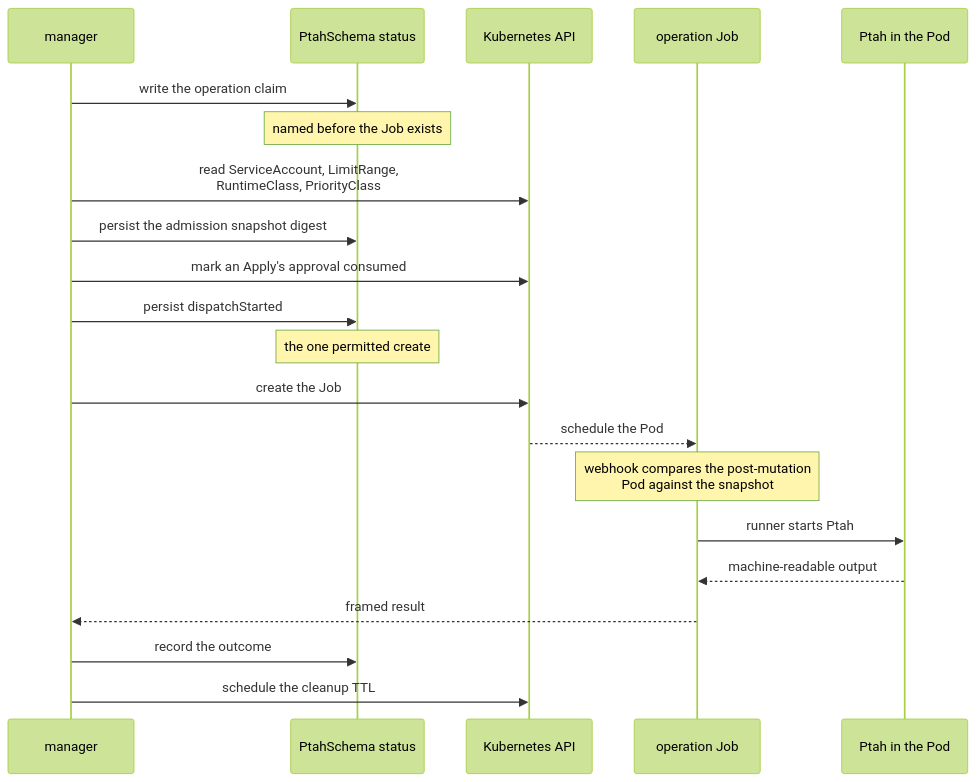
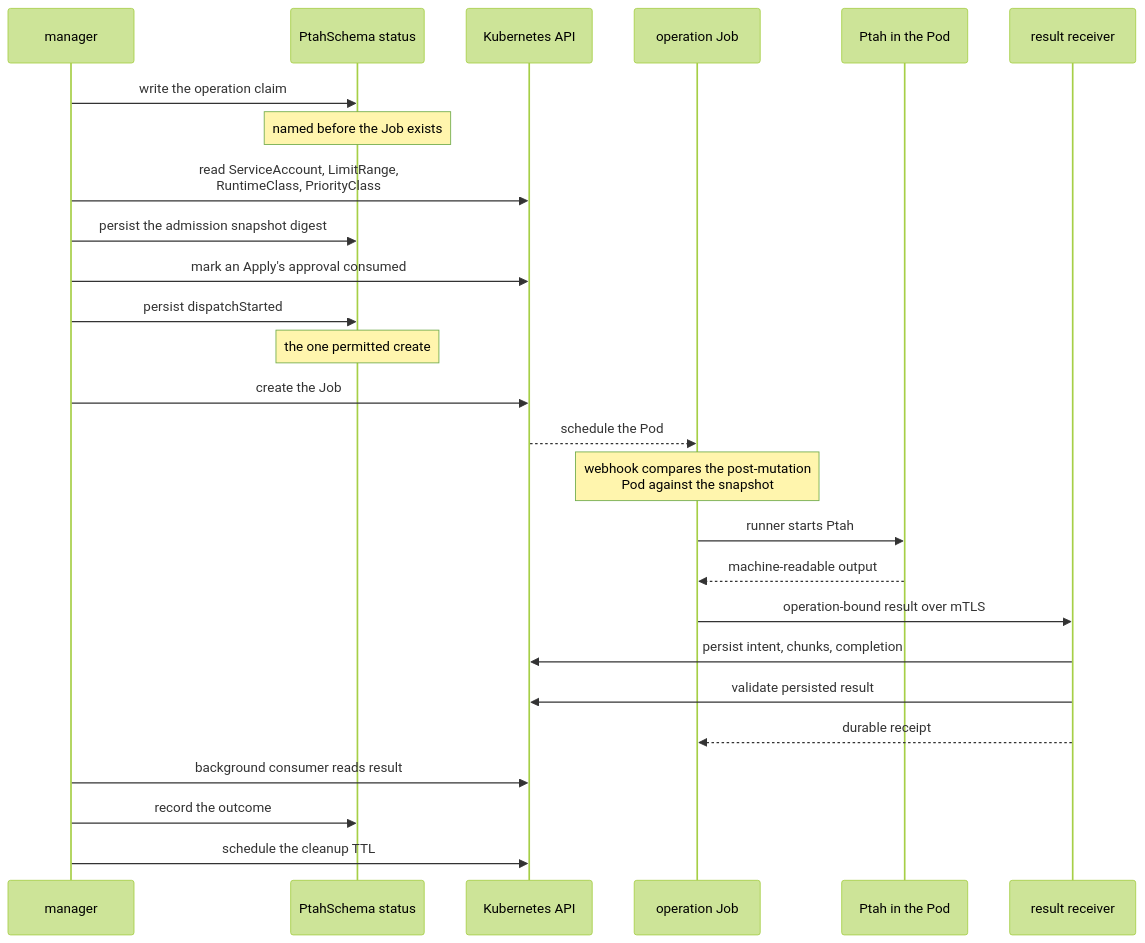
Before and after one commit to stokaro/ptah-operator: the diagram in docs/site/src/content/docs/reference/execution.md, drawn with Mermaid (forest theme). The commit also changed other lines of this file and 28 other files, not shown here.

````diff
--- a/docs/site/src/content/docs/reference/execution.md
+++ b/docs/site/src/content/docs/reference/execution.md
@@ -14,24 +14,29 @@
 ```mermaid
 sequenceDiagram
   participant C as manager
   participant S as PtahSchema status
   participant K as Kubernetes API
   participant J as operation Job
   participant P as Ptah in the Pod
+  participant R as result receiver
 
   C->>S: write the operation claim
   Note over S: named before the Job exists
   C->>K: read ServiceAccount, LimitRange,<br/>RuntimeClass, PriorityClass
   C->>S: persist the admission snapshot digest
   C->>K: mark an Apply's approval consumed
   C->>S: persist dispatchStarted
   Note over S: the one permitted create
   C->>K: create the Job
   K-->>J: schedule the Pod
   Note over J: webhook compares the post-mutation<br/>Pod against the snapshot
   J->>P: runner starts Ptah
   P-->>J: machine-readable output
-  J-->>C: framed result
+  J->>R: operation-bound result over mTLS
+  R->>K: persist intent, chunks, completion
+  R->>K: validate persisted result
+  R-->>J: durable receipt
+  C->>K: background consumer reads result
   C->>S: record the outcome
   C->>K: schedule the cleanup TTL
 ```
````
